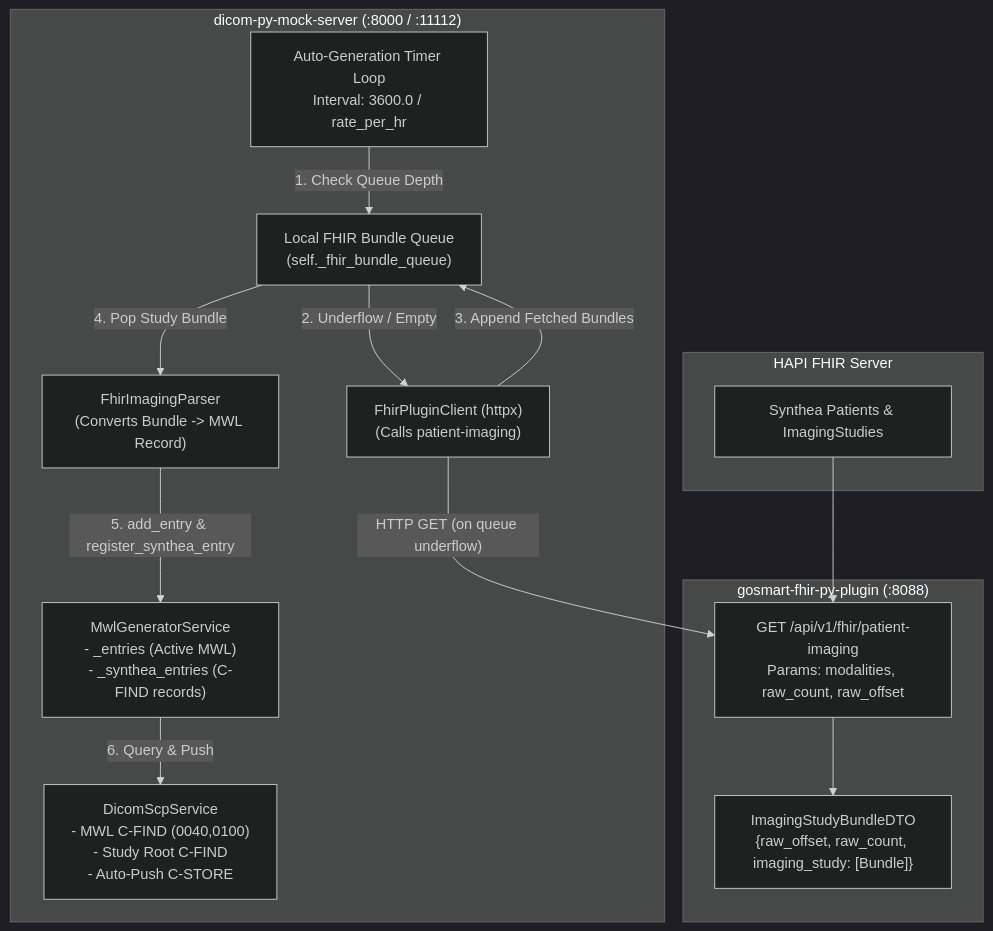
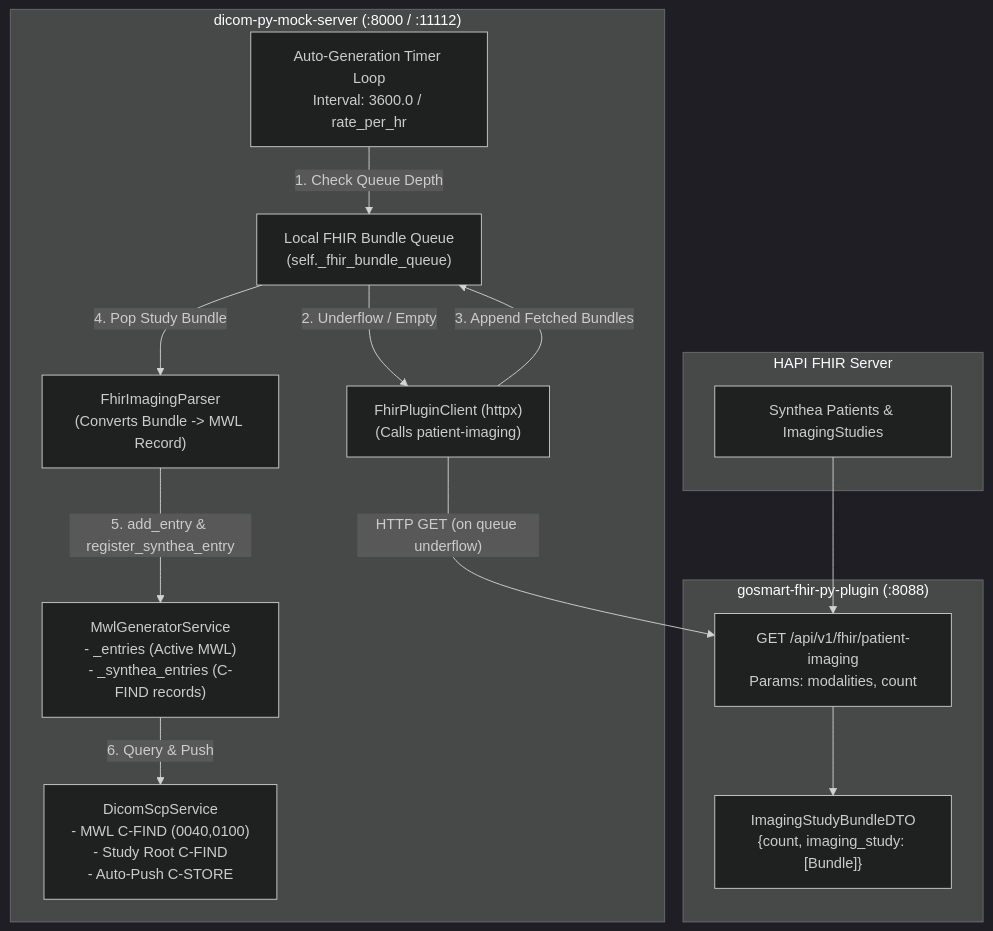
The diagram in docs/plans/fhir_mwl_implementation_plan.md (gosmart-health/dicom-py-mock-server), drawn with Mermaid (dark theme) before and after one commit. The commit also changed other lines of this file and 3 other files, not shown here.

Commit message:
fix(fhir): use count parameter for patient imaging fetches

````diff
--- a/docs/plans/fhir_mwl_implementation_plan.md
+++ b/docs/plans/fhir_mwl_implementation_plan.md
@@ -19,31 +19,31 @@
 ```mermaid
 flowchart TD
     subgraph HAPI_FHIR["HAPI FHIR Server"]
         HF_Data["Synthea Patients & ImagingStudies"]
     end
 
     subgraph Plugin["gosmart-fhir-py-plugin (:8088)"]
-        API["GET /api/v1/fhir/patient-imaging\nParams: modalities, raw_count, raw_offset"]
-        DTO["ImagingStudyBundleDTO\n{raw_offset, raw_count, imaging_study: [Bundle]}"]
+        API["GET /api/v1/fhir/patient-imaging\nParams: modalities, count"]
+        DTO["ImagingStudyBundleDTO\n{count, imaging_study: [Bundle]}"]
         API --> DTO
     end
 
     subgraph MockServer["dicom-py-mock-server (:8000 / :11112)"]
         Timer["Auto-Generation Timer Loop\nInterval: 3600.0 / rate_per_hr"]
         Queue["Local FHIR Bundle Queue\n(self._fhir_bundle_queue)"]
         Client["FhirPluginClient (httpx)\n(Calls patient-imaging)"]
         Parser["FhirImagingParser\n(Converts Bundle -> MWL Record)"]
         MWL["MwlGeneratorService\n- _entries (Active MWL)\n- _synthea_entries (C-FIND records)"]
         SCP["DicomScpService\n- MWL C-FIND (0040,0100)\n- Study Root C-FIND\n- Auto-Push C-STORE"]
 
         Timer -->|1. Check Queue Depth| Queue
         Queue -->|2. Underflow / Empty| Client
         Client -->|3. Append Fetched Bundles| Queue
         Queue -->|4. Pop Study Bundle| Parser
         Parser -->|5. add_entry & register_synthea_entry| MWL
         MWL -->|6. Query & Push| SCP
     end
 
     HF_Data --> API
     Client -- "HTTP GET (on queue underflow)" --> API
 ```
````
